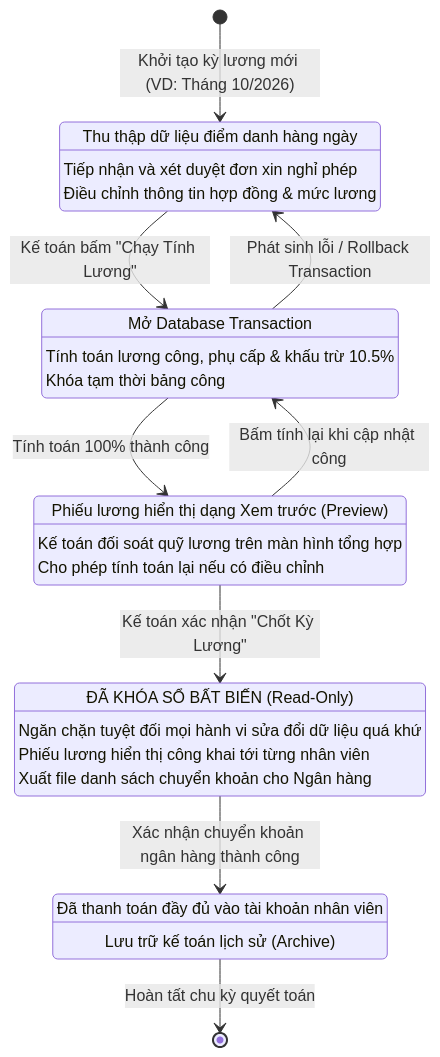
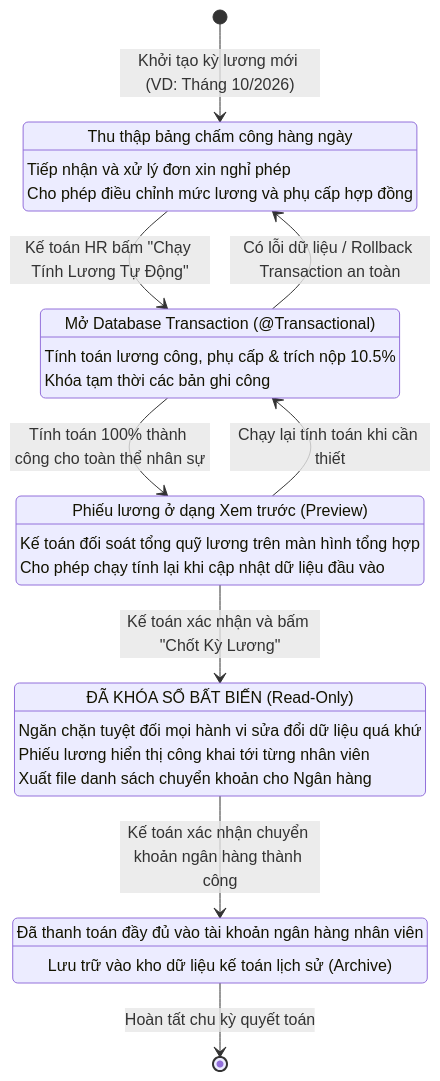
Before and after one commit to ManhCuong-Code/TimesheetPayroll: diagram 12 of 13 in README.md, drawn with Mermaid. The commit also changed other lines of this file, not shown here.

Commit message:
docs: Day du 13 so do UML he thong tren README dong bo dang nhap va phan quyen RBAC

````diff
--- a/README.md
+++ b/README.md
@@ -399,35 +676,35 @@
 ```mermaid
 stateDiagram-v2
     [*] --> DRAFT : Khởi tạo kỳ lương mới (VD: Tháng 10/2026)
 
-    DRAFT : Thu thập dữ liệu điểm danh hàng ngày
-    DRAFT : Tiếp nhận và xét duyệt đơn xin nghỉ phép
-    DRAFT : Điều chỉnh thông tin hợp đồng & mức lương
+    DRAFT : Thu thập bảng chấm công hàng ngày
+    DRAFT : Tiếp nhận và xử lý đơn xin nghỉ phép
+    DRAFT : Cho phép điều chỉnh mức lương và phụ cấp hợp đồng
 
-    DRAFT --> CALCULATING : Kế toán bấm "Chạy Tính Lương"
+    DRAFT --> CALCULATING : Kế toán HR bấm "Chạy Tính Lương Tự Động"
 
-    CALCULATING : Mở Database Transaction
-    CALCULATING : Tính toán lương công, phụ cấp & khấu trừ 10.5%
-    CALCULATING : Khóa tạm thời bảng công
+    CALCULATING : Mở Database Transaction (@Transactional)
+    CALCULATING : Tính toán lương công, phụ cấp & trích nộp 10.5%
+    CALCULATING : Khóa tạm thời các bản ghi công
 
-    CALCULATING --> DRAFT : Phát sinh lỗi / Rollback Transaction
-    CALCULATING --> CALCULATED : Tính toán 100% thành công
+    CALCULATING --> DRAFT : Có lỗi dữ liệu / Rollback Transaction an toàn
+    CALCULATING --> CALCULATED : Tính toán 100% thành công cho toàn thể nhân sự
 
-    CALCULATED : Phiếu lương hiển thị dạng Xem trước (Preview)
-    CALCULATED : Kế toán đối soát quỹ lương trên màn hình tổng hợp
-    CALCULATED : Cho phép tính toán lại nếu có điều chỉnh
+    CALCULATED : Phiếu lương ở dạng Xem trước (Preview)
+    CALCULATED : Kế toán đối soát tổng quỹ lương trên màn hình tổng hợp
+    CALCULATED : Cho phép chạy tính lại khi cập nhật dữ liệu đầu vào
 
-    CALCULATED --> CALCULATING : Bấm tính lại khi cập nhật công
-    CALCULATED --> LOCKED : Kế toán xác nhận "Chốt Kỳ Lương"
+    CALCULATED --> CALCULATING : Chạy lại tính toán khi cần thiết
+    CALCULATED --> LOCKED : Kế toán xác nhận và bấm "Chốt Kỳ Lương"
 
     LOCKED : ĐÃ KHÓA SỔ BẤT BIẾN (Read-Only)
     LOCKED : Ngăn chặn tuyệt đối mọi hành vi sửa đổi dữ liệu quá khứ
     LOCKED : Phiếu lương hiển thị công khai tới từng nhân viên
     LOCKED : Xuất file danh sách chuyển khoản cho Ngân hàng
 
-    LOCKED --> PAID : Xác nhận chuyển khoản ngân hàng thành công
-    PAID : Đã thanh toán đầy đủ vào tài khoản nhân viên
-    PAID : Lưu trữ kế toán lịch sử (Archive)
+    LOCKED --> PAID : Kế toán xác nhận chuyển khoản ngân hàng thành công
+    PAID : Đã thanh toán đầy đủ vào tài khoản ngân hàng nhân viên
+    PAID : Lưu trữ vào kho dữ liệu kế toán lịch sử (Archive)
 
     PAID --> [*] : Hoàn tất chu kỳ quyết toán
 ```
````
